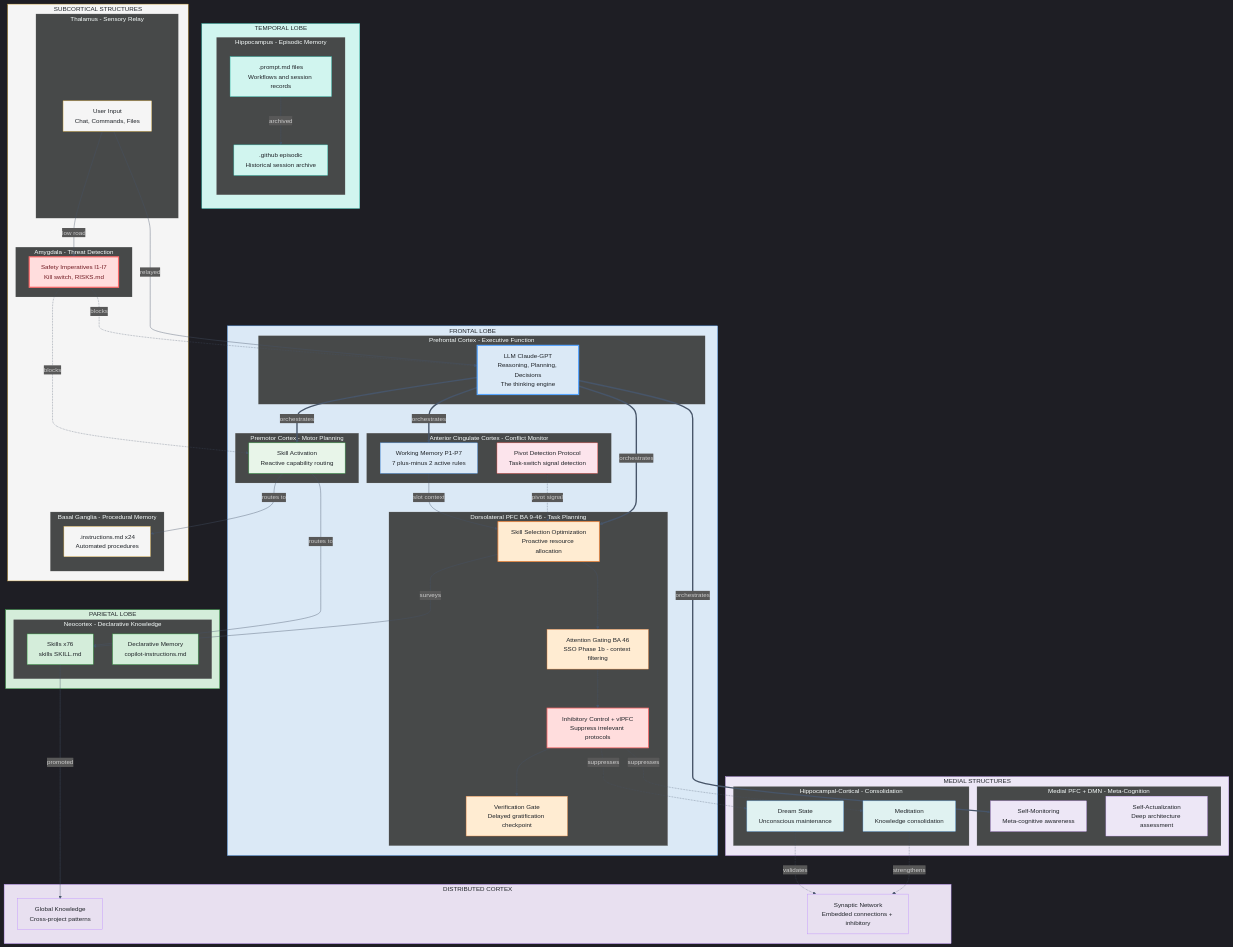
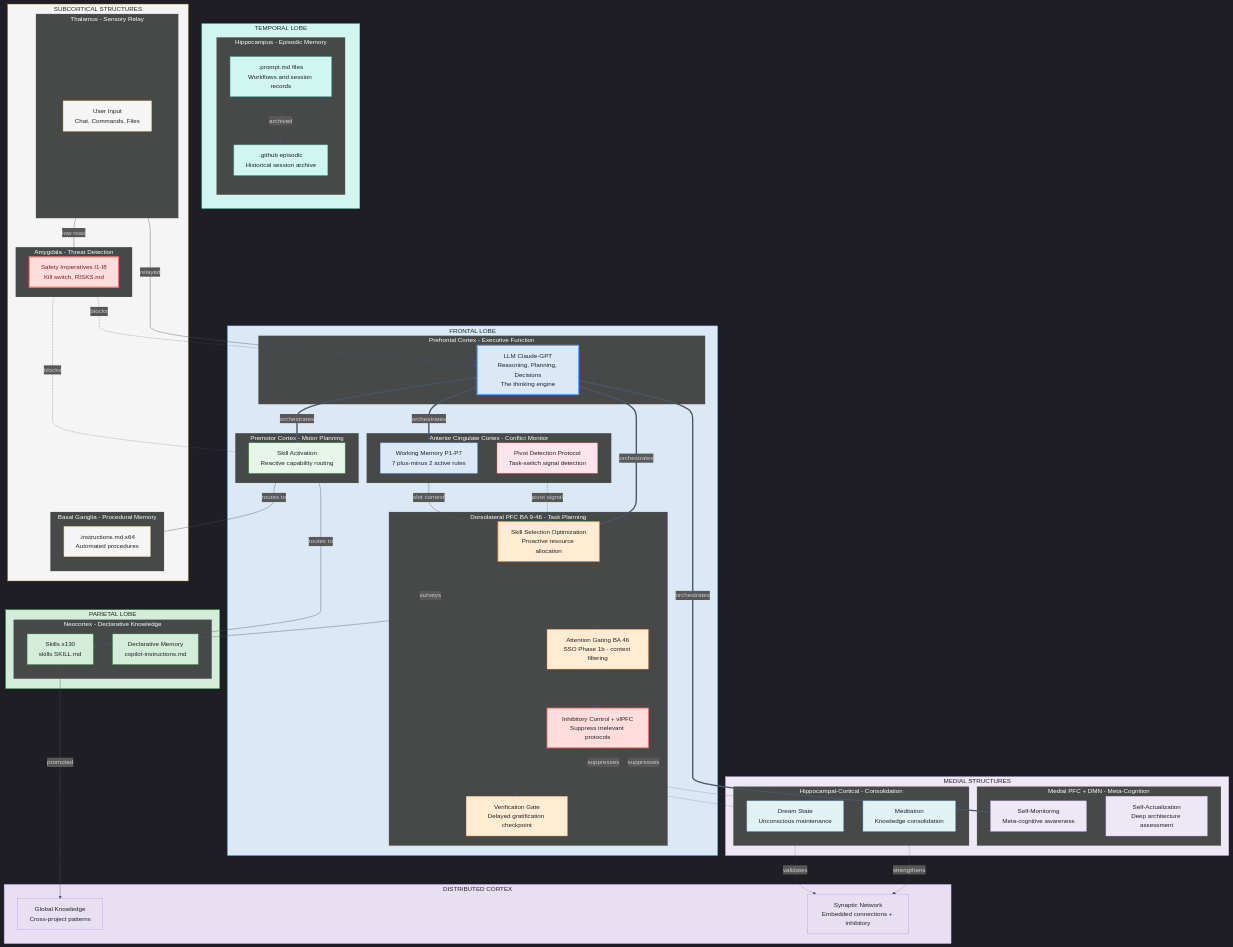
The first of 3 diagrams in alex_docs/architecture/NEUROANATOMICAL-MAPPING.md (fabioc-aloha/Alex_Plug_In), drawn with Mermaid before and after one commit. The commit also changed other lines of this file and 35 other files, not shown here.

```diff
--- a/alex_docs/architecture/NEUROANATOMICAL-MAPPING.md
+++ b/alex_docs/architecture/NEUROANATOMICAL-MAPPING.md
@@ -50,14 +50,14 @@
 
     subgraph PARIETAL["PARIETAL LOBE"]
         subgraph NC["Neocortex - Declarative Knowledge"]
-            SK["Skills x76<br/>skills SKILL.md"]
+            SK["Skills x130<br/>skills SKILL.md"]
             DM["Declarative Memory<br/>copilot-instructions.md"]
         end
     end
 
     subgraph BASAL["SUBCORTICAL STRUCTURES"]
         subgraph BG["Basal Ganglia - Procedural Memory"]
-            PM[".instructions.md x24<br/>Automated procedures"]
+            PM[".instructions.md x64<br/>Automated procedures"]
         end
 
         subgraph THAL["Thalamus - Sensory Relay"]
@@ -65,7 +65,7 @@
         end
 
         subgraph AMYG["Amygdala - Threat Detection"]
-            SAFETY["Safety Imperatives I1-I7<br/>Kill switch, RISKS.md"]
+            SAFETY["Safety Imperatives I1-I8<br/>Kill switch, RISKS.md"]
         end
     end
 
```
